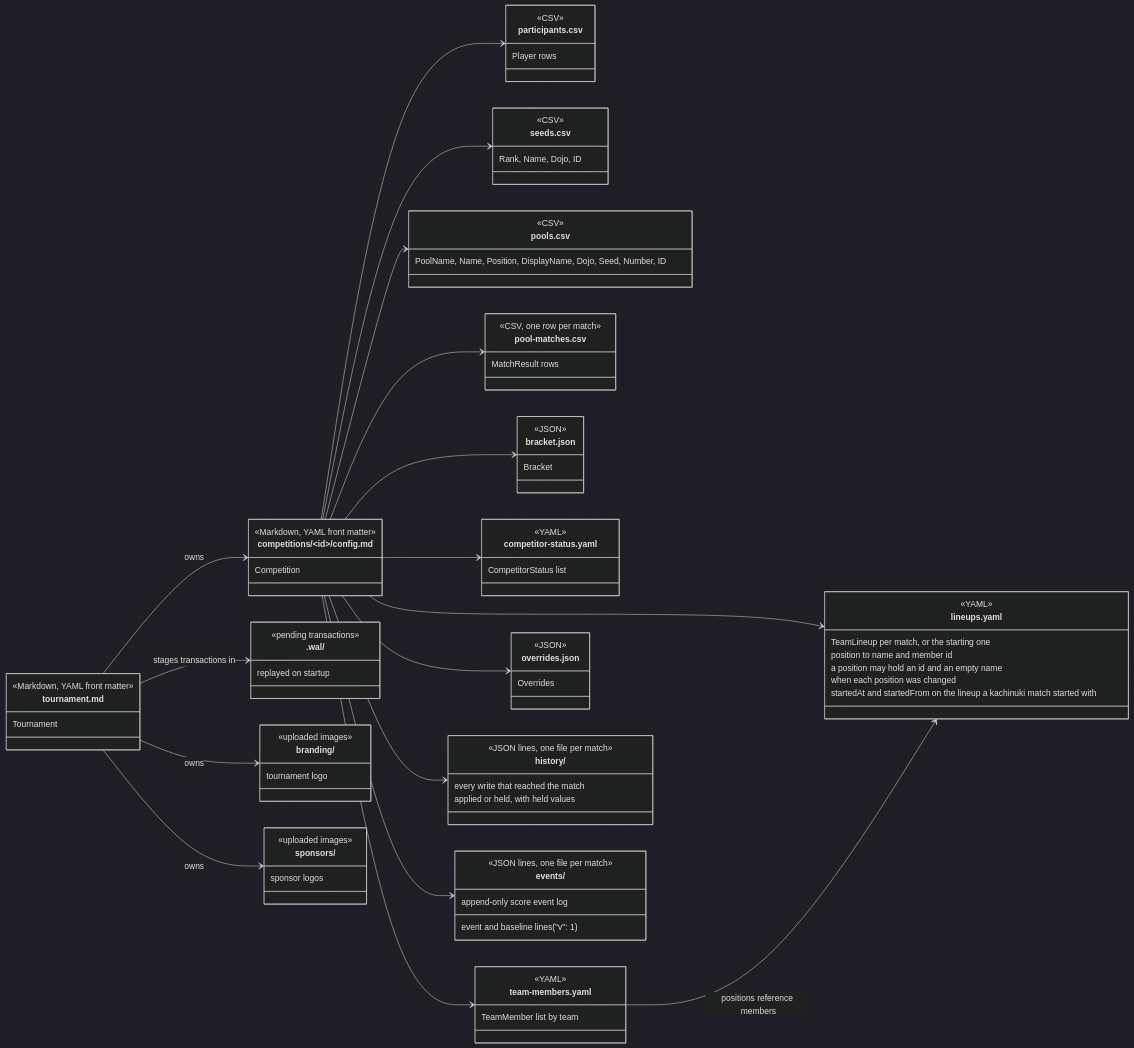
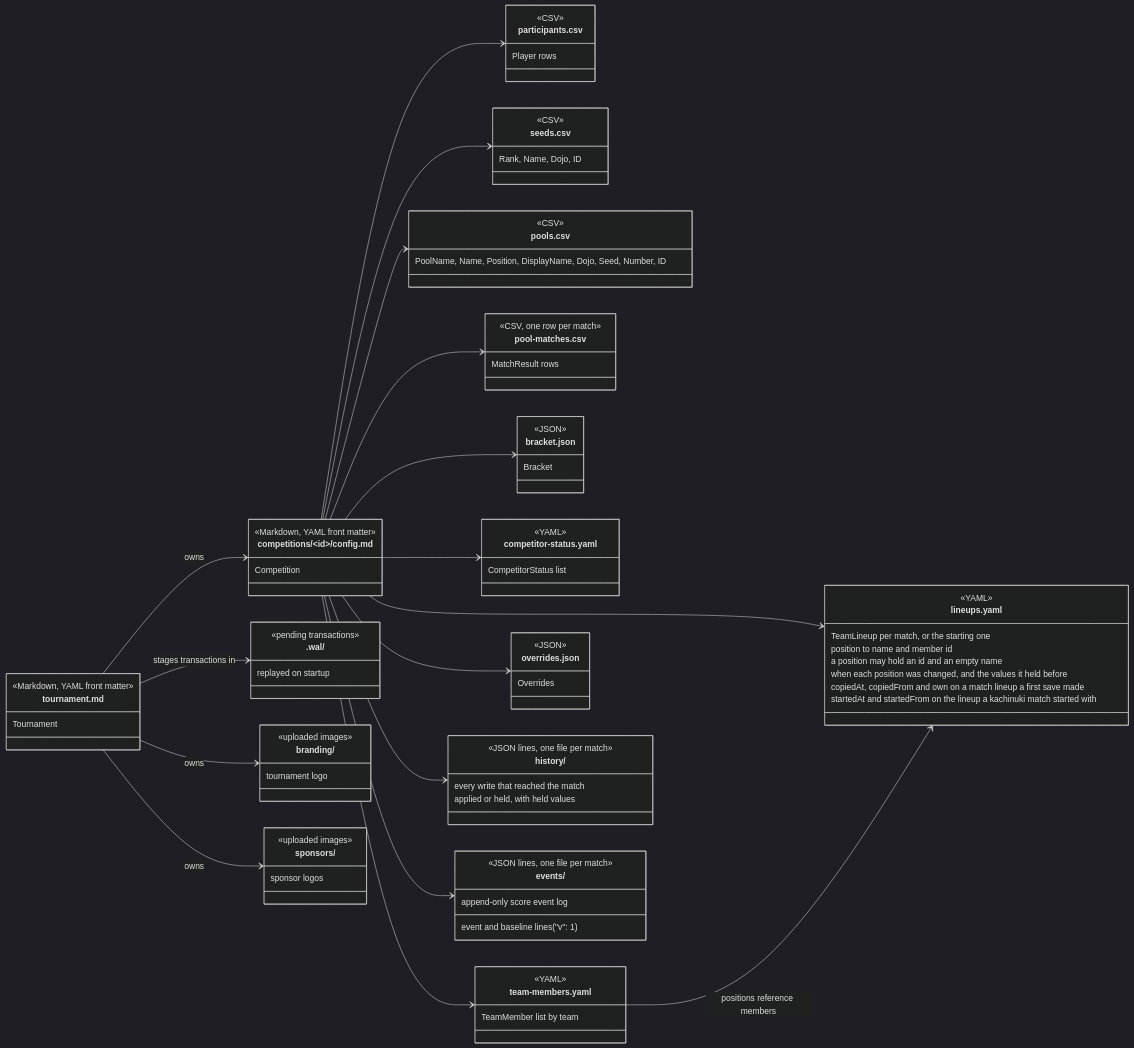
The third of 4 diagrams in docs/architecture/data-model.md (gitrgoliveira/bracket-creator), drawn with Mermaid (dark theme) before and after one commit. The commit also changed other lines of this file and 15 other files, not shown here.

```diff
--- a/docs/architecture/data-model.md
+++ b/docs/architecture/data-model.md
@@ -522,7 +536,8 @@
         TeamLineup per match, or the starting one
         position to name and member id
         a position may hold an id and an empty name
-        when each position was changed
+        when each position was changed, and the values it held before
+        copiedAt, copiedFrom and own on a match lineup a first save made
         startedAt and startedFrom on the lineup a kachinuki match started with
     }
     class team_members_yaml["team-members.yaml"] {
```
